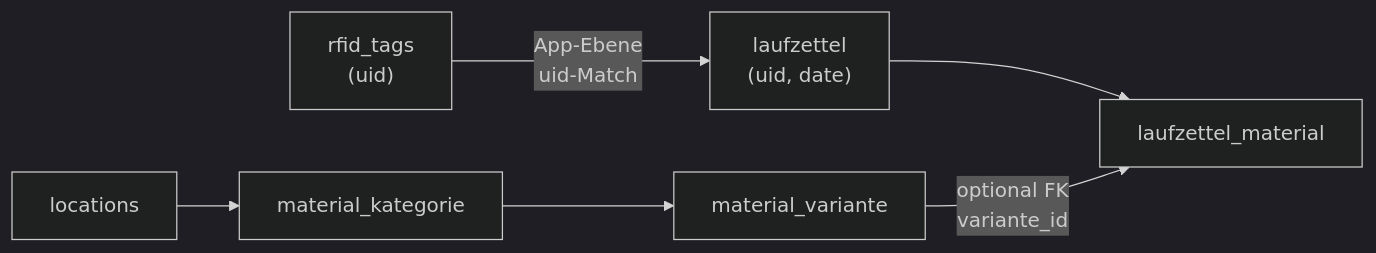
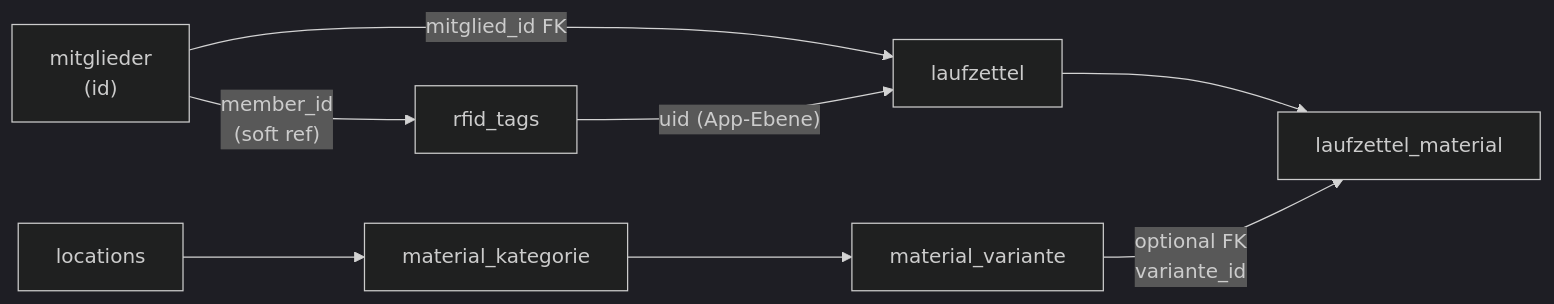
The second of 2 diagrams in docs/07-database-model.de.md (AlexErlewein/MakerPi_GroundControl), drawn with Mermaid (dark theme) before and after one commit. The commit also changed other lines of this file and 5 other files, not shown here.

````diff
--- a/docs/07-database-model.de.md
+++ b/docs/07-database-model.de.md
@@ -223,8 +279,10 @@
 ```mermaid
 flowchart LR
-    T["rfid_tags\n(uid)"] -->|"App-Ebene\nuid-Match"| L["laufzettel\n(uid, date)"]
+    M["mitglieder\n(id)"] -->|"mitglied_id FK"| L["laufzettel"]
+    M -->|"member_id\n(soft ref)"| T["rfid_tags"]
+    T -->|"uid (App-Ebene)"| L
     L --> LM["laufzettel_material"]
     MV["material_variante"] -->|"optional FK\nvariante_id"| LM
     MK["material_kategorie"] --> MV
     LOC["locations"] --> MK
 ```
````
